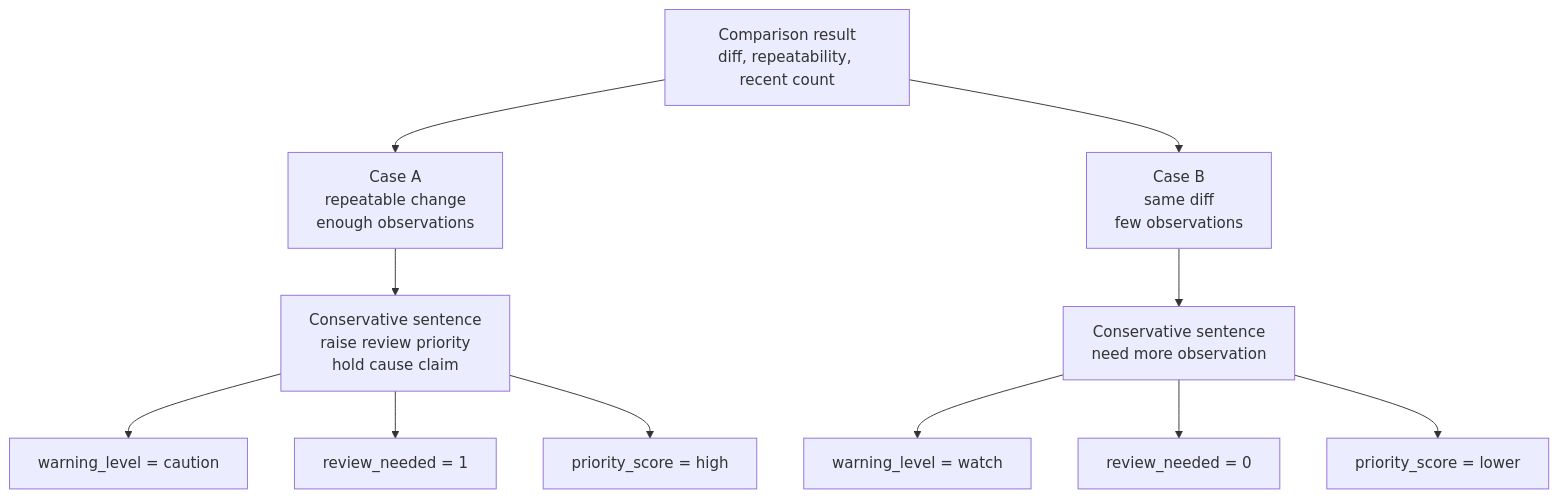
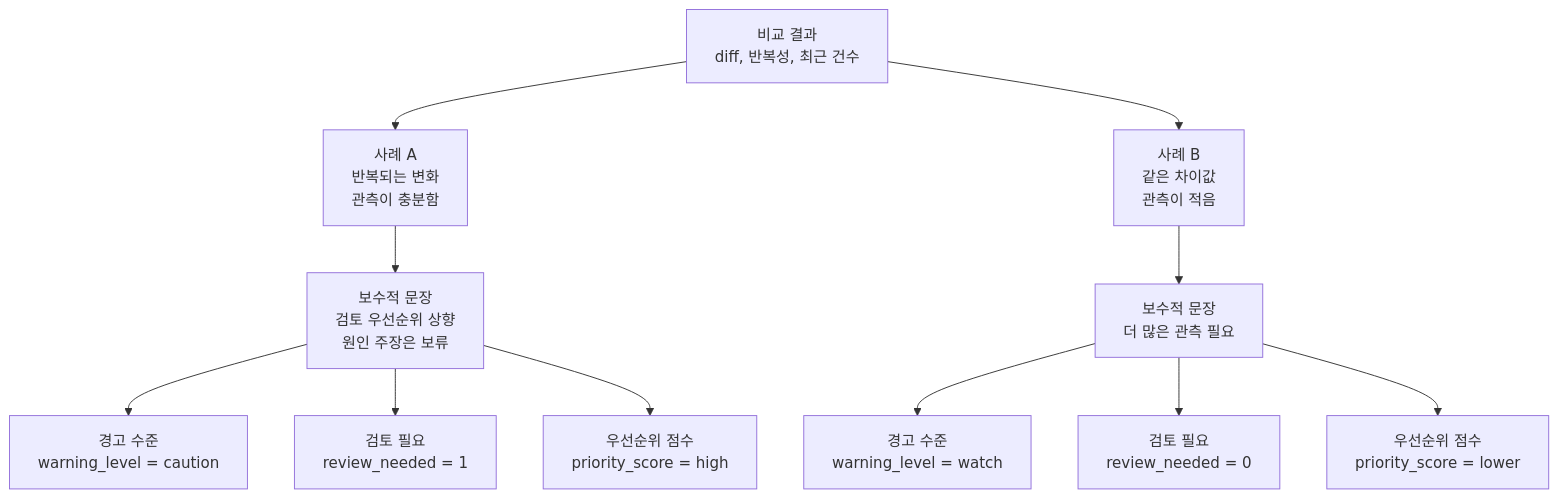
The diagram in docs/parts/part-03/chapter-08/section-04.md (devchan64/AiBook), drawn with Mermaid before and after one commit. The commit also changed 45 other files, not shown here.

Commit message:
docs: localize part 3 mermaid diagrams

````diff
--- a/docs/parts/part-03/chapter-08/section-04.md
+++ b/docs/parts/part-03/chapter-08/section-04.md
@@ -74,17 +74,17 @@
 ```mermaid
 flowchart TD
-    A[Comparison result<br/>diff, repeatability, recent count]
-    A --> B1[Case A<br/>repeatable change<br/>enough observations]
-    A --> B2[Case B<br/>same diff<br/>few observations]
+    A[비교 결과<br/>diff, 반복성, 최근 건수]
+    A --> B1[사례 A<br/>반복되는 변화<br/>관측이 충분함]
+    A --> B2[사례 B<br/>같은 차이값<br/>관측이 적음]
 
-    B1 --> C1[Conservative sentence<br/>raise review priority<br/>hold cause claim]
-    B2 --> C2[Conservative sentence<br/>need more observation]
+    B1 --> C1[보수적 문장<br/>검토 우선순위 상향<br/>원인 주장은 보류]
+    B2 --> C2[보수적 문장<br/>더 많은 관측 필요]
 
-    C1 --> D1[warning_level = caution]
-    C1 --> D2[review_needed = 1]
-    C1 --> D3[priority_score = high]
+    C1 --> D1[경고 수준<br/>warning_level = caution]
+    C1 --> D2[검토 필요<br/>review_needed = 1]
+    C1 --> D3[우선순위 점수<br/>priority_score = high]
 
-    C2 --> E1[warning_level = watch]
-    C2 --> E2[review_needed = 0]
-    C2 --> E3[priority_score = lower]
+    C2 --> E1[경고 수준<br/>warning_level = watch]
+    C2 --> E2[검토 필요<br/>review_needed = 0]
+    C2 --> E3[우선순위 점수<br/>priority_score = lower]
 ```
````
